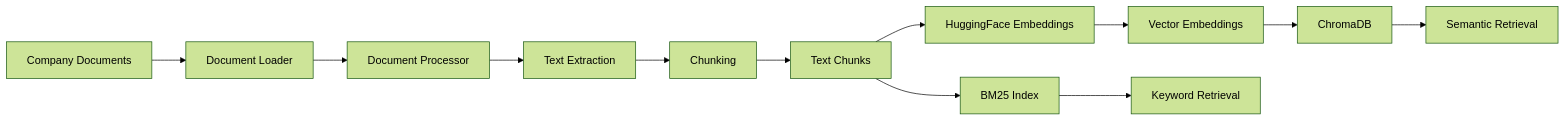
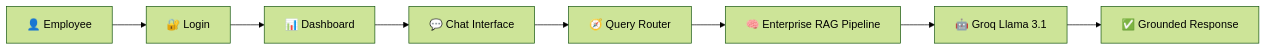
One commit to Srisilpa/RagLink changed the second of 7 diagrams in README.md. Above: the diagram before and after it, drawn with Mermaid (forest theme). The commit also changed other lines of this file, not shown here.

````diff
--- a/README.md
+++ b/README.md
@@ -167,24 +199,20 @@
 ```mermaid
 flowchart LR
 
-    A[Company Documents] --> B[Document Loader]
+A["👤 Employee"]
+B["🔐 Login"]
+C["📊 Dashboard"]
+D["💬 Chat Interface"]
+E["🧭 Query Router"]
+F["🧠 Enterprise RAG Pipeline"]
+G["🤖 Groq Llama 3.1"]
+H["✅ Grounded Response"]
 
-    B --> C[Document Processor]
-
-    C --> D[Text Extraction]
-
-    D --> E[Chunking]
-
-    E --> F[Text Chunks]
-
-    F --> G[HuggingFace Embeddings]
-
-    G --> H[Vector Embeddings]
-
-    H --> I[ChromaDB]
-
-    F --> J[BM25 Index]
-
-    I --> K[Semantic Retrieval]
-    J --> L[Keyword Retrieval]
+A --> B
+B --> C
+C --> D
+D --> E
+E --> F
+F --> G
+G --> H
 ```
````
